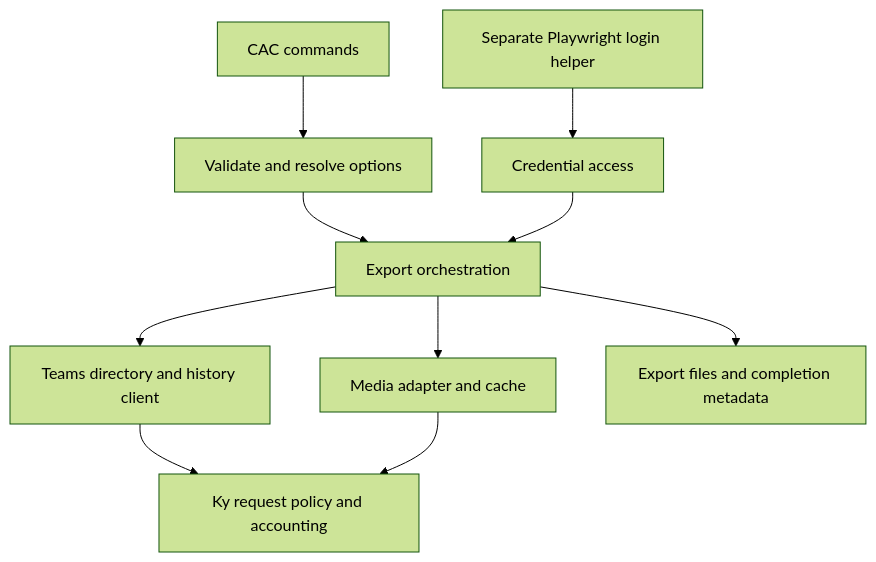
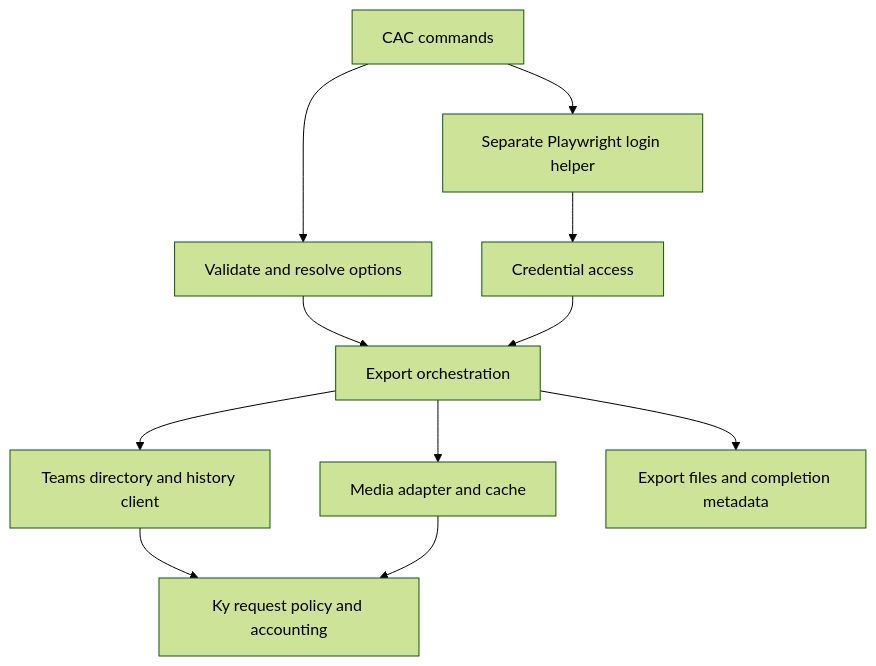
The diagram in docs/07-architecture.md (InvictusNavarchus/teams-chat-downloader), drawn with Mermaid (forest theme) before and after one commit. The commit also changed other lines of this file and 17 other files, not shown here.

````diff
--- a/docs/07-architecture.md
+++ b/docs/07-architecture.md
@@ -28,12 +28,13 @@
 ```mermaid
 flowchart TD
     CLI["CAC commands"] --> INPUT["Validate and resolve options"]
     INPUT --> EXPORT["Export orchestration"]
     CREDS["Credential access"] --> EXPORT
     EXPORT --> TEAMS["Teams directory and history client"]
     EXPORT --> MEDIA["Media adapter and cache"]
     TEAMS --> HTTP["Ky request policy and accounting"]
     MEDIA --> HTTP
     EXPORT --> OUTPUT["Export files and completion metadata"]
     LOGIN["Separate Playwright login helper"] --> CREDS
+    CLI --> LOGIN
 ```
````
